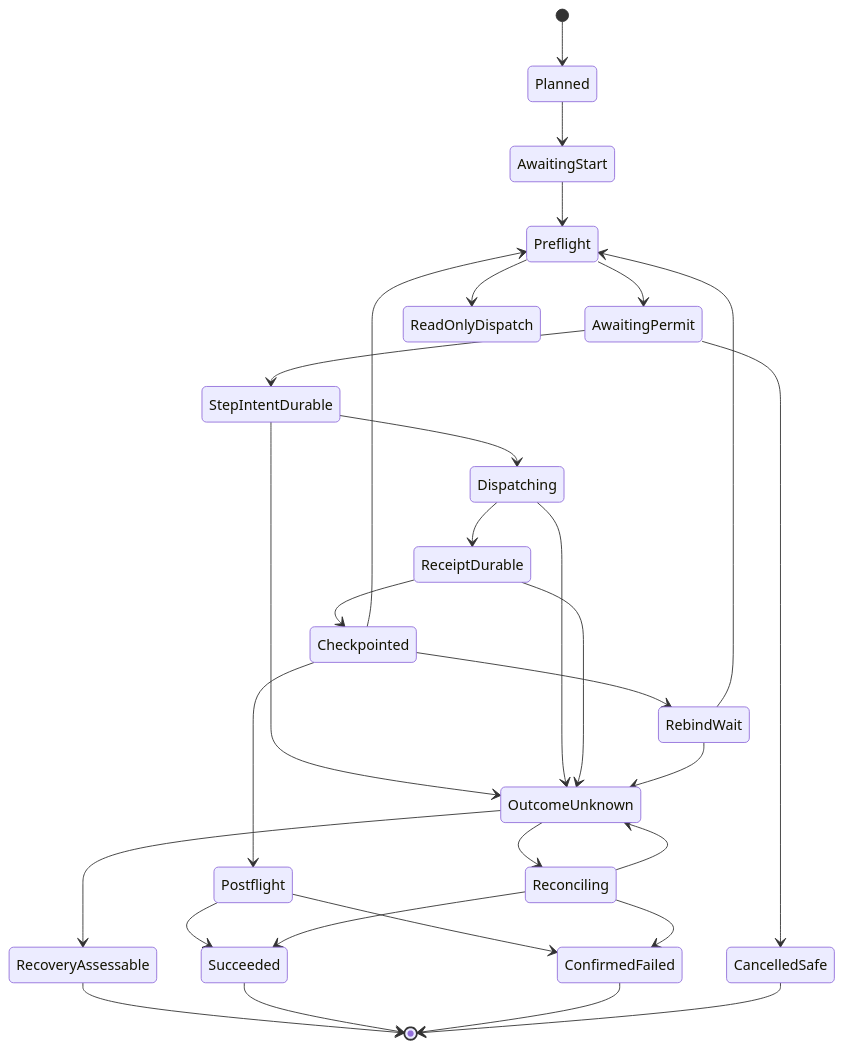
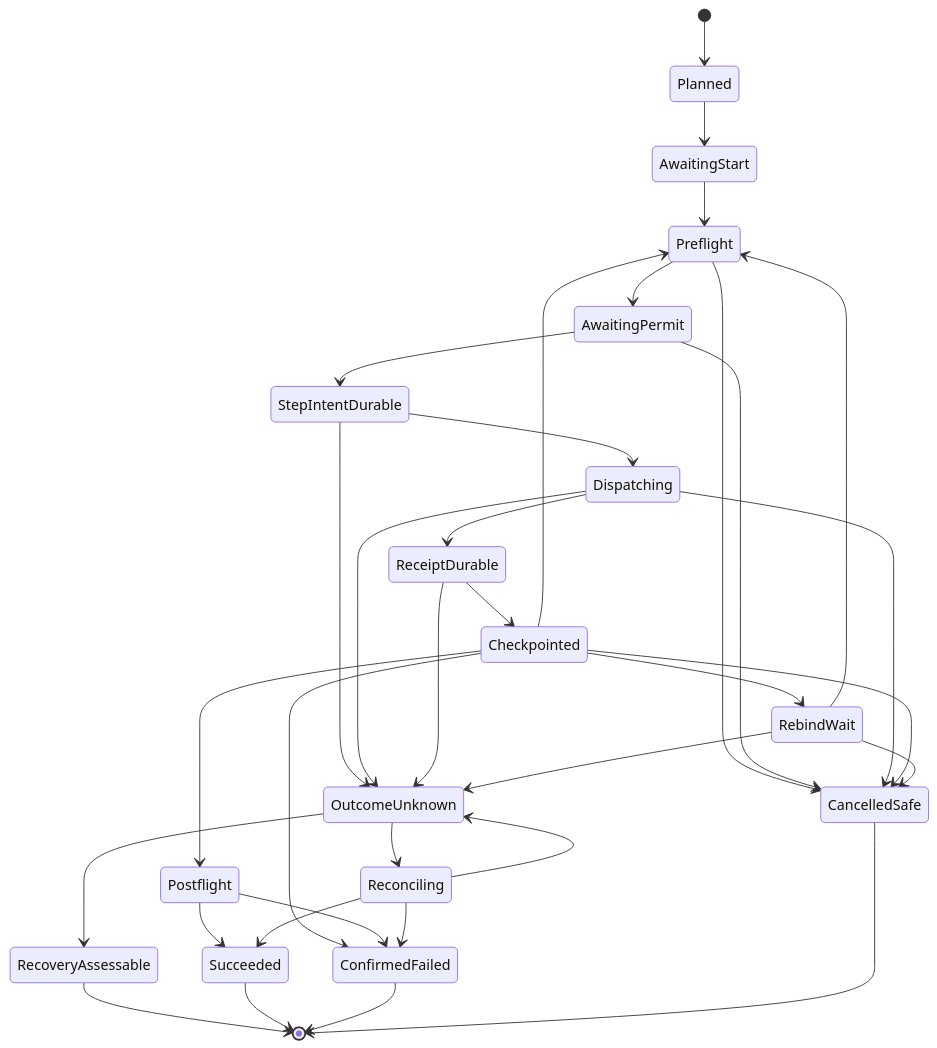
Before and after one commit to ArkDeck/ArkForge: the second of 2 diagrams in docs/architecture.md, drawn with Mermaid. The commit also changed other lines of this file and 134 other files, not shown here.

```diff
--- a/docs/architecture.md
+++ b/docs/architecture.md
@@ -1273,39 +1273,43 @@
 ~~~mermaid
 stateDiagram-v2
     [*] --> Planned
     Planned --> AwaitingStart
     AwaitingStart --> Preflight
     Preflight --> AwaitingPermit
-    Preflight --> ReadOnlyDispatch
+    Preflight --> CancelledSafe
 
     AwaitingPermit --> StepIntentDurable
     AwaitingPermit --> CancelledSafe
 
     StepIntentDurable --> Dispatching
     Dispatching --> ReceiptDurable
+    Dispatching --> CancelledSafe
     ReceiptDurable --> Checkpointed
 
     Checkpointed --> RebindWait
     RebindWait --> Preflight
     Checkpointed --> Preflight
     Checkpointed --> Postflight
+    Checkpointed --> ConfirmedFailed
+    Checkpointed --> CancelledSafe
+    RebindWait --> CancelledSafe
 
     Postflight --> Succeeded
     Postflight --> ConfirmedFailed
 
     StepIntentDurable --> OutcomeUnknown
     Dispatching --> OutcomeUnknown
     ReceiptDurable --> OutcomeUnknown
     RebindWait --> OutcomeUnknown
 
     OutcomeUnknown --> Reconciling
     Reconciling --> OutcomeUnknown
     Reconciling --> Succeeded
     Reconciling --> ConfirmedFailed
     OutcomeUnknown --> RecoveryAssessable
 
     RecoveryAssessable --> [*]
     Succeeded --> [*]
     ConfirmedFailed --> [*]
     CancelledSafe --> [*]
 ~~~
```
